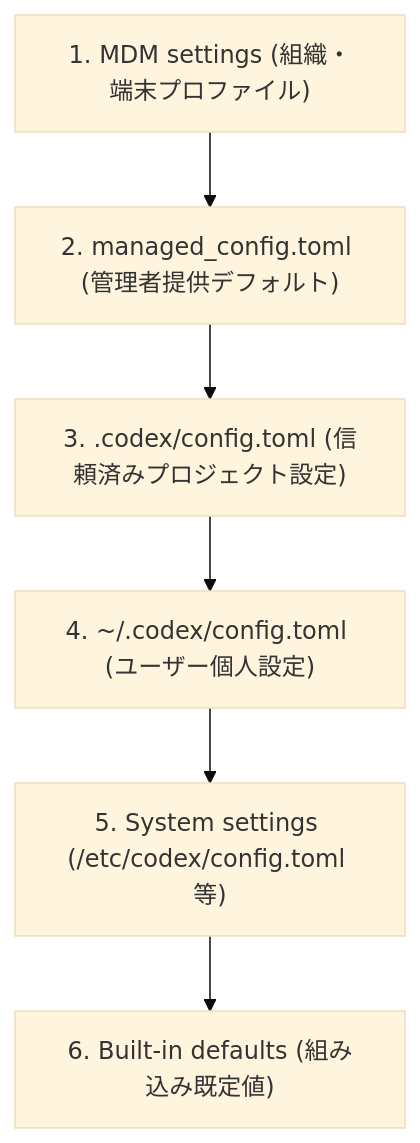
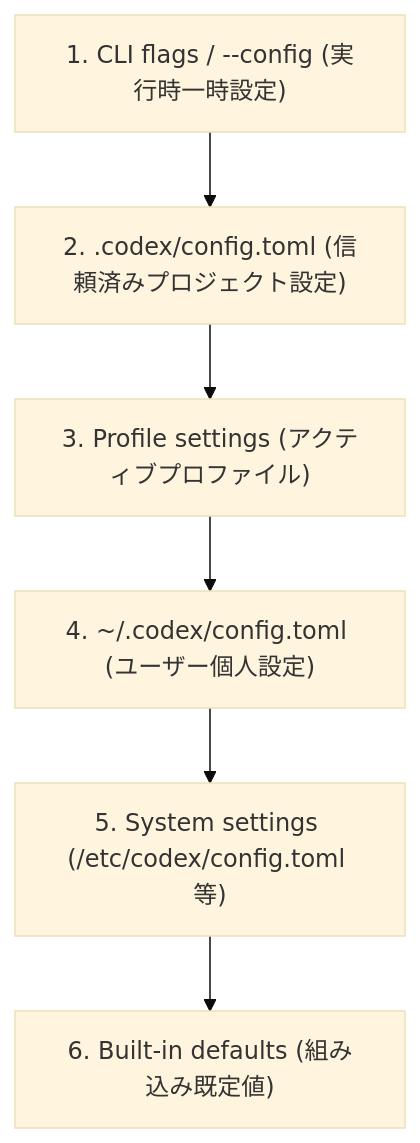
The fourth of 10 diagrams in Openai-codex-best-practices-2026.md (myoshi2891/Comparison-of-LLMs), drawn with Mermaid (base theme) before and after one commit. The commit also changed other lines of this file, not shown here.

Commit message:
docs(codex): separate standard config resolution and managed defaults hierarchy

````diff
--- a/Openai-codex-best-practices-2026.md
+++ b/Openai-codex-best-practices-2026.md
@@ -198,8 +198,8 @@
 ```mermaid
 flowchart TD
-    MDM["1. MDM settings (組織・端末プロファイル)"] --> MNG["2. managed_config.toml (管理者提供デフォルト)"]
-    MNG --> PROJ["3. .codex/config.toml (信頼済みプロジェクト設定)"]
-    PROJ --> USER["4. ~/.codex/config.toml (ユーザー個人設定)"]
+    CLI["1. CLI flags / --config (実行時一時設定)"] --> PROJ["2. .codex/config.toml (信頼済みプロジェクト設定)"]
+    PROJ --> PROF["3. Profile settings (アクティブプロファイル)"]
+    PROF --> USER["4. ~/.codex/config.toml (ユーザー個人設定)"]
     USER --> SYS["5. System settings (/etc/codex/config.toml 等)"]
     SYS --> DEF["6. Built-in defaults (組み込み既定値)"]
 ```
````
